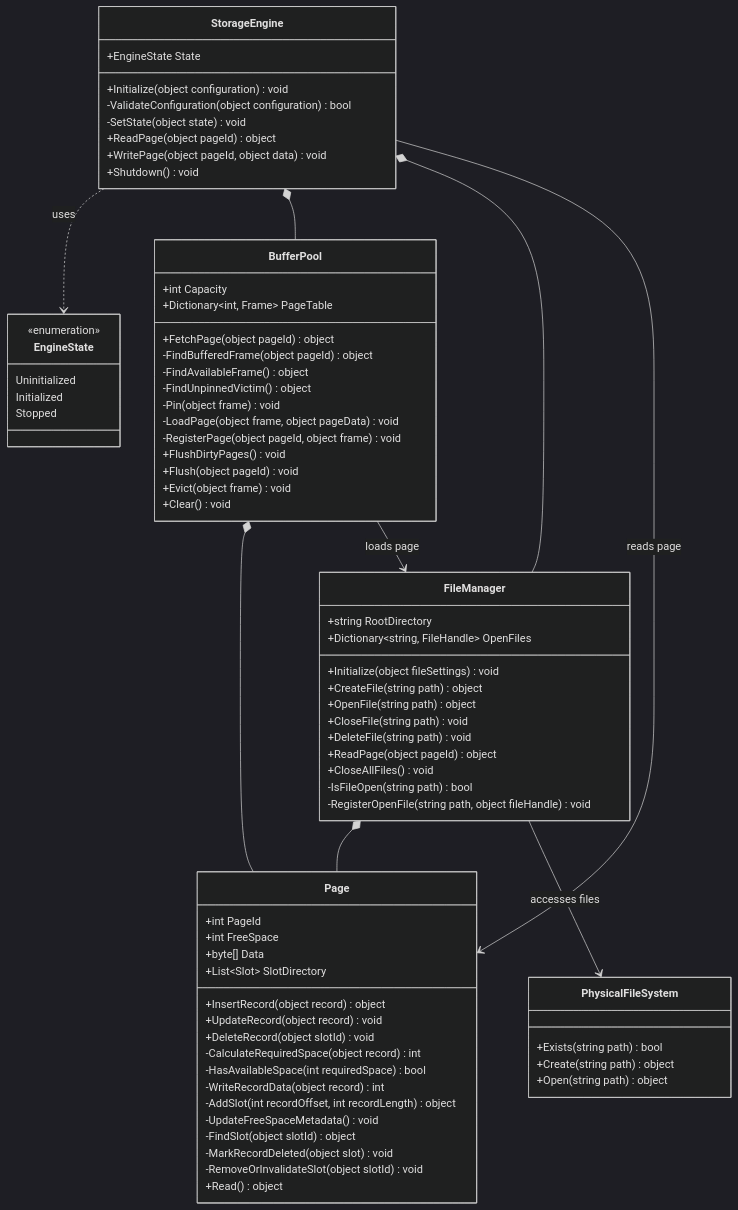
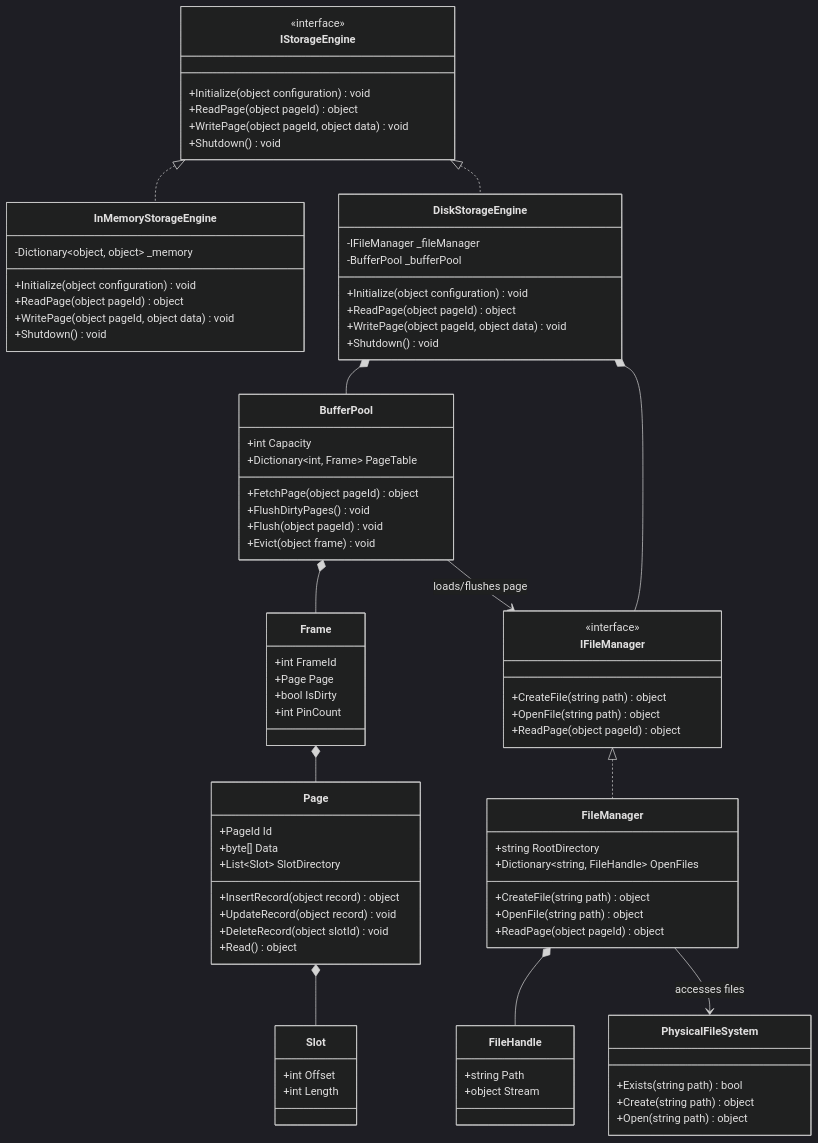
The third of 52 diagrams in README.md (manaxpow/DBMS), drawn with Mermaid (dark theme) before and after one commit. The commit also changed other lines of this file, not shown here.

Commit message:
Update class diagram in main README

````diff
--- a/README.md
+++ b/README.md
@@ -151,72 +160,81 @@
 ```mermaid
 classDiagram
     direction TB
+
+    class IStorageEngine {
+        <<interface>>
+        +Initialize(object configuration) void
+        +ReadPage(object pageId) object
+        +WritePage(object pageId, object data) void
+        +Shutdown() void
+    }
+
+    class InMemoryStorageEngine {
+        -Dictionary~object, object~ _memory
+        +Initialize(object configuration) void
+        +ReadPage(object pageId) object
+        +WritePage(object pageId, object data) void
+        +Shutdown() void
+    }
+
+    class DiskStorageEngine {
+        -IFileManager _fileManager
+        -BufferPool _bufferPool
+        +Initialize(object configuration) void
+        +ReadPage(object pageId) object
+        +WritePage(object pageId, object data) void
+        +Shutdown() void
+    }
 
     class BufferPool {
         +int Capacity
         +Dictionary~int, Frame~ PageTable
         +FetchPage(object pageId) object
-        -FindBufferedFrame(object pageId) object
-        -FindAvailableFrame() object
-        -FindUnpinnedVictim() object
-        -Pin(object frame) void
-        -LoadPage(object frame, object pageData) void
-        -RegisterPage(object pageId, object frame) void
         +FlushDirtyPages() void
         +Flush(object pageId) void
         +Evict(object frame) void
-        +Clear() void
+    }
+
+    class Frame {
+        +int FrameId
+        +Page Page
+        +bool IsDirty
+        +int PinCount
     }
 
     class Page {
-        +int PageId
-        +int FreeSpace
+        +PageId Id
         +byte[] Data
         +List~Slot~ SlotDirectory
         +InsertRecord(object record) object
         +UpdateRecord(object record) void
         +DeleteRecord(object slotId) void
-        -CalculateRequiredSpace(object record) int
-        -HasAvailableSpace(int requiredSpace) bool
-        -WriteRecordData(object record) int
-        -AddSlot(int recordOffset, int recordLength) object
-        -UpdateFreeSpaceMetadata() void
-        -FindSlot(object slotId) object
-        -MarkRecordDeleted(object slot) void
-        -RemoveOrInvalidateSlot(object slotId) void
         +Read() object
     }
-
-
-    class EngineState {
-        <<enumeration>>
-        Uninitialized
-        Initialized
-        Stopped
+    
+    class Slot {
+        +int Offset
+        +int Length
     }
 
-    class StorageEngine {
-        +EngineState State
-        +Initialize(object configuration) void
-        -ValidateConfiguration(object configuration) bool
-        -SetState(object state) void
+    class IFileManager {
+        <<interface>>
+        +CreateFile(string path) object
+        +OpenFile(string path) object
         +ReadPage(object pageId) object
-        +WritePage(object pageId, object data) void
-        +Shutdown() void
     }
 
     class FileManager {
         +string RootDirectory
         +Dictionary~string, FileHandle~ OpenFiles
-        +Initialize(object fileSettings) void
         +CreateFile(string path) object
         +OpenFile(string path) object
-        +CloseFile(string path) void
-        +DeleteFile(string path) void
         +ReadPage(object pageId) object
-        +CloseAllFiles() void
-        -IsFileOpen(string path) bool
-        -RegisterOpenFile(string path, object fileHandle) void
+    }
+
+    class FileHandle {
+        +string Path
+        +object Stream
     }
 
     class PhysicalFileSystem {
@@ -225,13 +243,19 @@
         +Open(string path) object
     }
 
-    StorageEngine ..> EngineState : uses
-    StorageEngine *-- BufferPool
-    StorageEngine *-- FileManager
-    BufferPool *-- Page
-    FileManager *-- Page
+    IStorageEngine <|.. InMemoryStorageEngine
+    IStorageEngine <|.. DiskStorageEngine
 
-    BufferPool --> FileManager : loads page
-    StorageEngine --> Page : reads page
+    DiskStorageEngine *-- BufferPool
+    DiskStorageEngine *-- IFileManager
+    
+    IFileManager <|.. FileManager
+
+    BufferPool *-- Frame
+    Frame *-- Page
+    Page *-- Slot
+    FileManager *-- FileHandle
+
+    BufferPool --> IFileManager : loads/flushes page
     FileManager --> PhysicalFileSystem : accesses files
 ```
````
